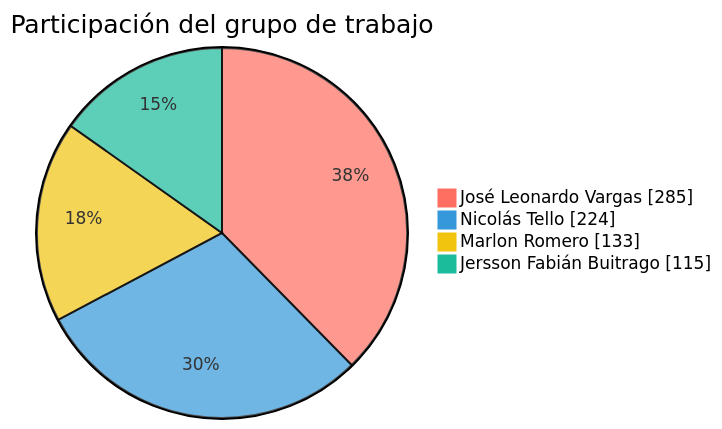
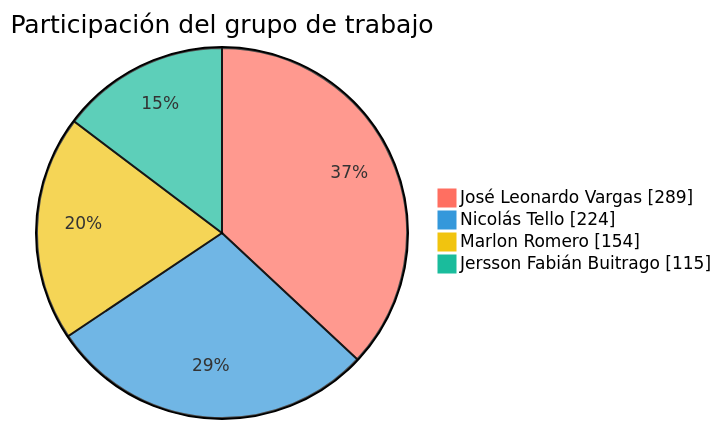
Before and after one commit to FarmaExpres/FarmaExpres: the first of 2 diagrams in README.md, drawn with Mermaid. The commit also changed other lines of this file and 1 other file, not shown here.

````diff
--- a/README.md
+++ b/README.md
@@ -391,9 +391,9 @@
 ```mermaid
 %%{init: {"themeVariables": {"pie1": "#ff6f61", "pie2": "#3498db", "pie3": "#f1c40f", "pie4": "#1abc9c", "pieLabelColor": "#000000", "pieLabelFontSize": "24px", "pieLabelFontWeight": "700"}}}%%
 pie showData
     title Participación del grupo de trabajo
-    "José Leonardo Vargas" : 285
+    "José Leonardo Vargas" : 289
     "Nicolás Tello" : 224
-    "Marlon Romero" : 133
+    "Marlon Romero" : 154
     "Jersson Fabián Buitrago" : 115
 ```
````
